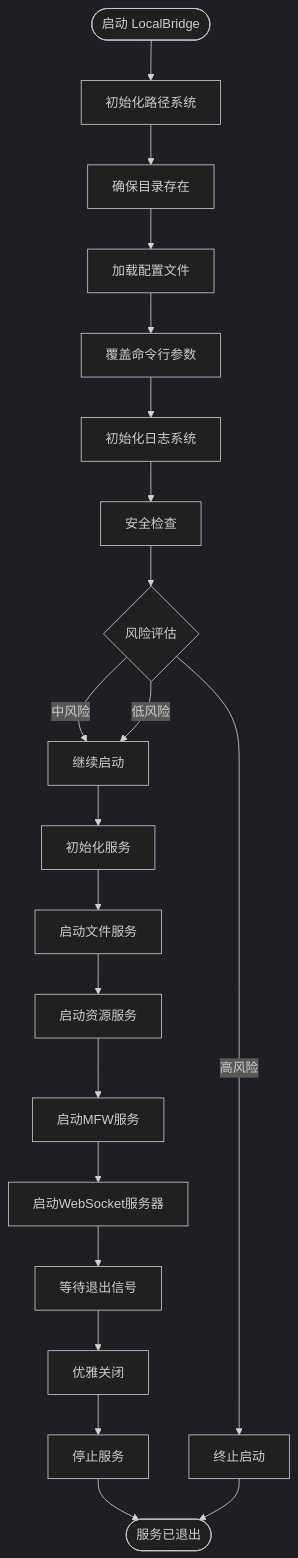
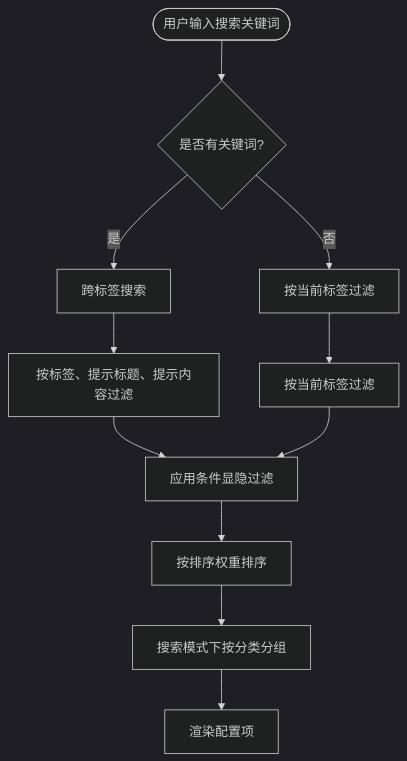
One commit to kqcoxn/MaaPipelineEditor changed the sixth of 9 diagrams in .qoder/repowiki/zh/content/用户界面/面板系统/配置面板/本地服务配置区域.md. Above: the diagram before and after it, drawn with Mermaid (dark theme). The commit also changed other lines of this file and 50 other files, not shown here.

````diff
--- a/.qoder/repowiki/zh/content/用户界面/面板系统/配置面板/本地服务配置区域.md
+++ b/.qoder/repowiki/zh/content/用户界面/面板系统/配置面板/本地服务配置区域.md
@@ -258,23 +287,13 @@
 ```mermaid
 flowchart TD
-Start([启动 LocalBridge]) --> InitPaths[初始化路径系统]
-InitPaths --> EnsureDirs[确保目录存在]
-EnsureDirs --> LoadConfig[加载配置文件]
-LoadConfig --> OverrideFlags[覆盖命令行参数]
-OverrideFlags --> InitLogger[初始化日志系统]
-InitLogger --> SafetyCheck[安全检查]
-SafetyCheck --> CheckRisk{风险评估}
-CheckRisk --> |高风险| Abort[终止启动]
-CheckRisk --> |中风险| Continue[继续启动]
-CheckRisk --> |低风险| Continue
-Continue --> InitServices[初始化服务]
-InitServices --> StartFileService[启动文件服务]
-StartFileService --> StartResourceService[启动资源服务]
-StartResourceService --> StartMFWService[启动MFW服务]
-StartMFWService --> StartWSServer[启动WebSocket服务器]
-StartWSServer --> WaitSignal[等待退出信号]
-WaitSignal --> Shutdown[优雅关闭]
-Shutdown --> StopServices[停止服务]
-StopServices --> End([服务已退出])
-Abort --> End
+Start([用户输入搜索关键词]) --> CheckKeyword{是否有关键词?}
+CheckKeyword --> |是| CrossTabSearch[跨标签搜索]
+CheckKeyword --> |否| TabFilter[按当前标签过滤]
+CrossTabSearch --> FilterByKeyword[按标签、提示标题、提示内容过滤]
+TabFilter --> FilterByCategory[按当前标签过滤]
+FilterByKeyword --> ConditionalVisible[应用条件显隐过滤]
+FilterByCategory --> ConditionalVisible
+ConditionalVisible --> SortByOrder[按排序权重排序]
+SortByOrder --> GroupByCategory[搜索模式下按分类分组]
+GroupByCategory --> RenderItems[渲染配置项]
 ```
````
